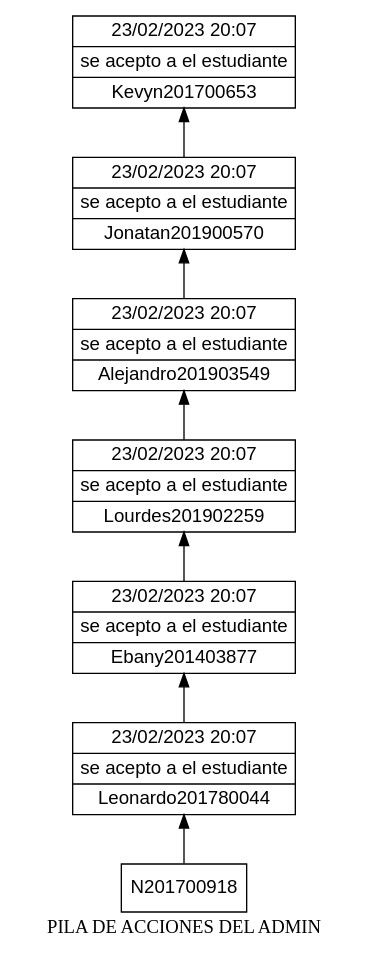
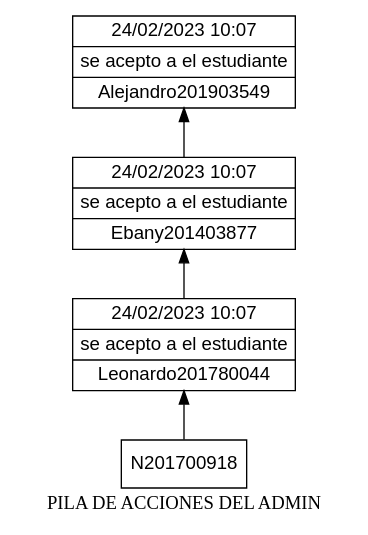
One commit to Nahomi-Aparicio/EDD_1S2023_PY_202113293_F1 changed the diagram in EDD_Proyecto1_Fase1/pila.dot. Above: the diagram before and after it, drawn with Graphviz. The commit also changed 7 other files, not shown here.

```diff
--- a/EDD_Proyecto1_Fase1/pila.dot
+++ b/EDD_Proyecto1_Fase1/pila.dot
@@ -1,18 +1,12 @@
 digraph G {
 rankdir=BT;
 node [shape=box];
 node [shape=record fontname=Arial]
 label = "PILA DE ACCIONES DEL ADMIN";
-N201700653[label="{23/02/2023      20:07     |se acepto a el estudiante|Kevyn201700653}"];
-N201900570->N201700653;
-N201900570[label="{23/02/2023      20:07     |se acepto a el estudiante|Jonatan201900570}"];
-N201903549->N201900570;
-N201903549[label="{23/02/2023      20:07     |se acepto a el estudiante|Alejandro201903549}"];
-N201902259->N201903549;
-N201902259[label="{23/02/2023      20:07     |se acepto a el estudiante|Lourdes201902259}"];
-N201403877->N201902259;
-N201403877[label="{23/02/2023      20:07     |se acepto a el estudiante|Ebany201403877}"];
+N201903549[label="{24/02/2023      10:07     |se acepto a el estudiante|Alejandro201903549}"];
+N201403877->N201903549;
+N201403877[label="{24/02/2023      10:07     |se acepto a el estudiante|Ebany201403877}"];
 N201780044->N201403877;
-N201780044[label="{23/02/2023      20:07     |se acepto a el estudiante|Leonardo201780044}"];
+N201780044[label="{24/02/2023      10:07     |se acepto a el estudiante|Leonardo201780044}"];
 N201700918->N201780044;
 }
```
